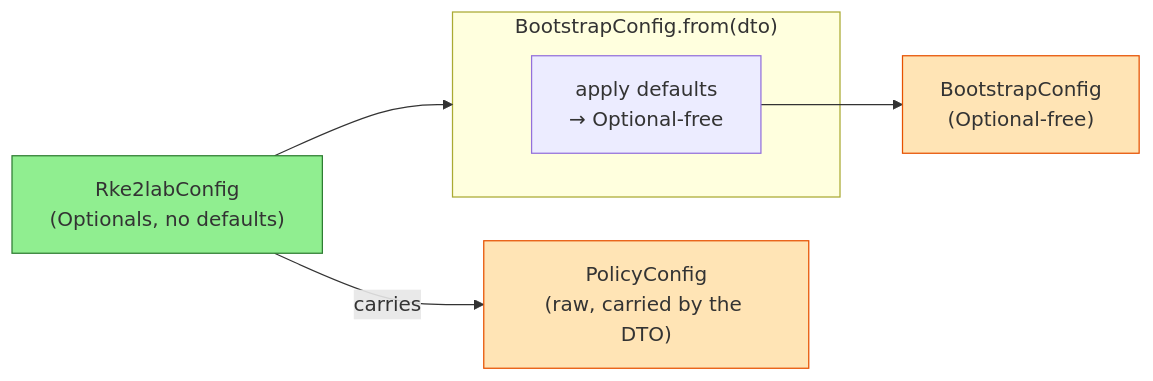
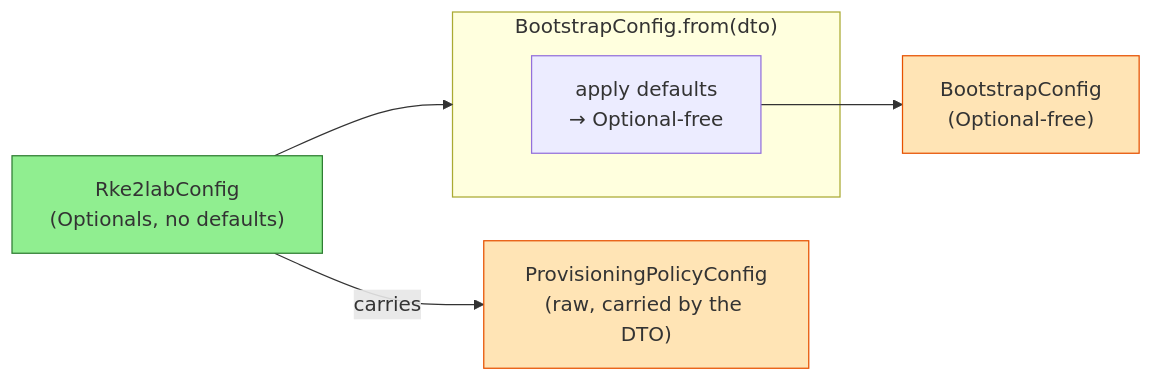
One commit to nxmatic/rke2lab changed the sixth of 8 diagrams in docs/architecture/config/config-restructuring-spec.adoc. Above: the diagram before and after it, drawn with Mermaid. The commit also changed other lines of this file and 22 other files, not shown here.

```diff
--- a/docs/architecture/config/config-restructuring-spec.adoc
+++ b/docs/architecture/config/config-restructuring-spec.adoc
@@ -366,18 +370,18 @@
 [mermaid]
 ----
 graph LR
     DTO["Rke2labConfig<br/>(Optionals, no defaults)"]
     subgraph derive["BootstrapConfig.from(dto)"]
         S1["apply defaults<br/>→ Optional-free"]
     end
     BOOT["BootstrapConfig<br/>(Optional-free)"]
-    POL["PolicyConfig<br/>(raw, carried by the DTO)"]
+    POL["ProvisioningPolicyConfig<br/>(raw, carried by the DTO)"]
 
     DTO --> derive
     S1 --> BOOT
     DTO -->|"carries"| POL
 
     style DTO fill:#90EE90,stroke:#2e7d32
     style BOOT fill:#FFE4B5,stroke:#e65100
     style POL fill:#FFE4B5,stroke:#e65100
 ----
```
